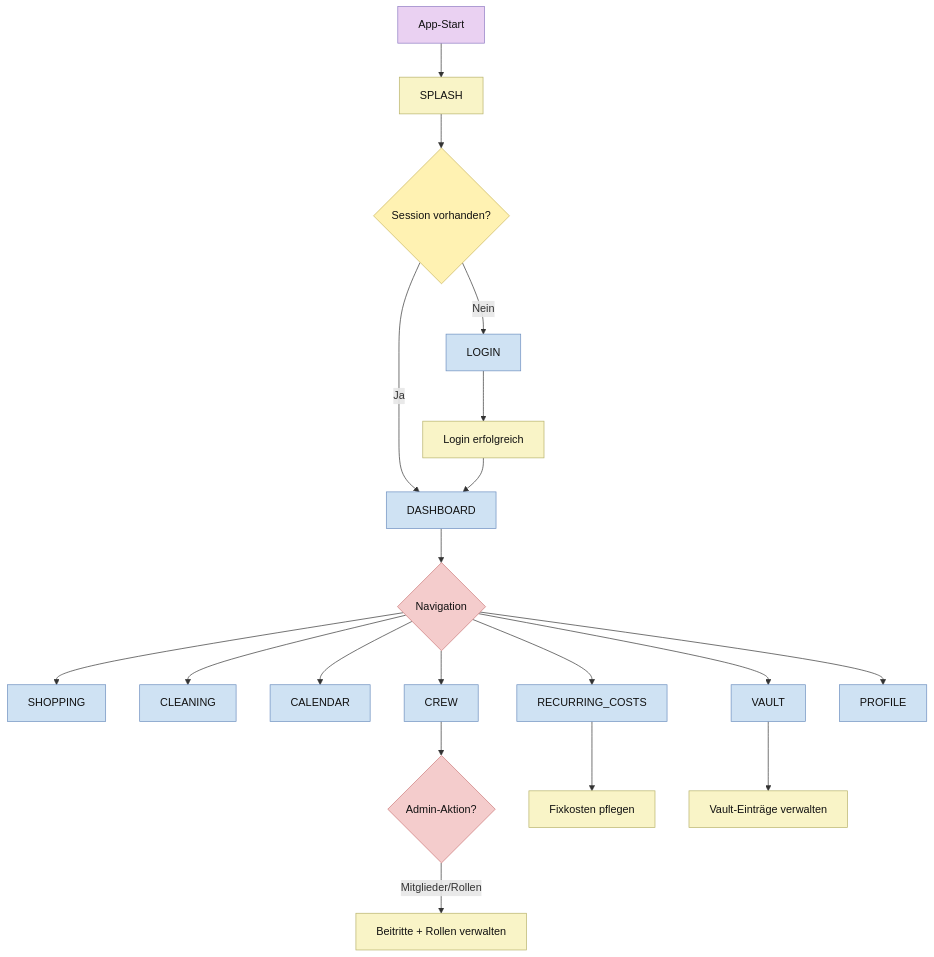
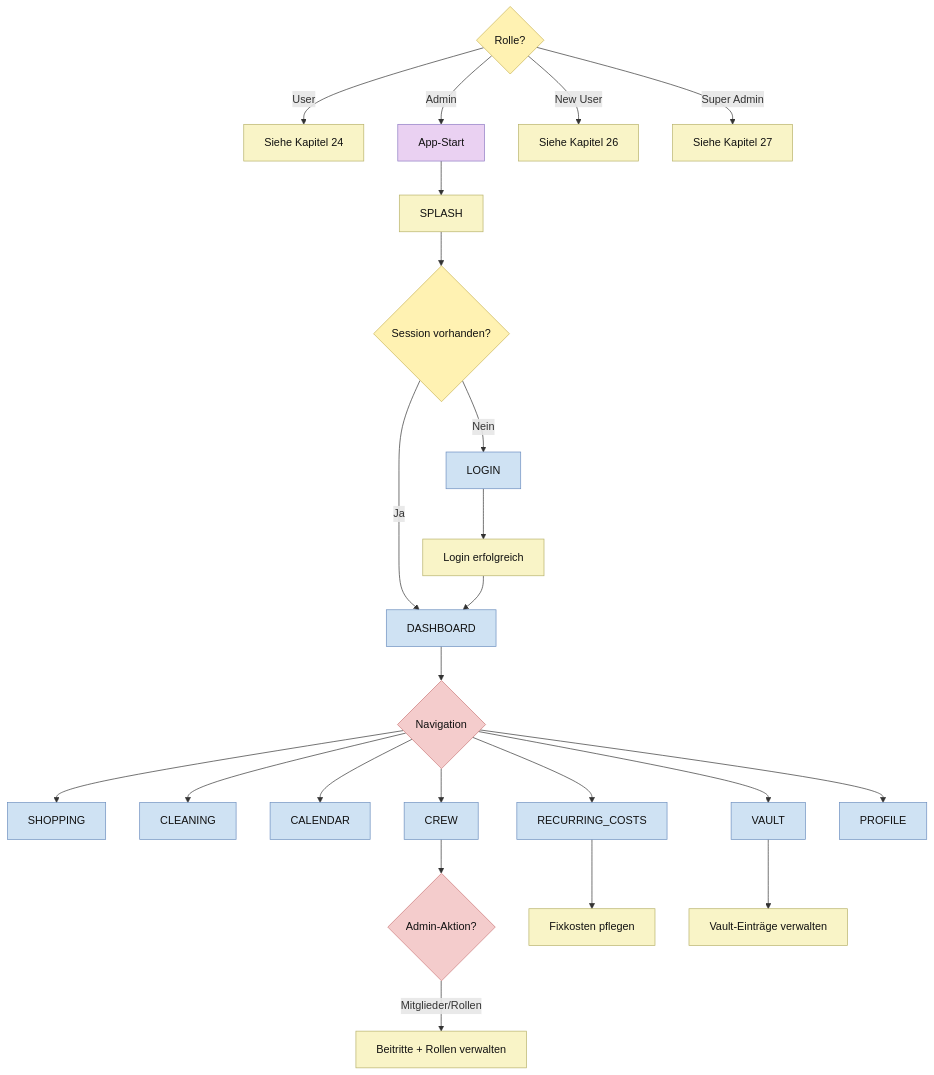
One commit to Nejy190501/WGManager changed diagram 25 of 27 in ABLAUFDIAGRAMM.md. Above: the diagram before and after it, drawn with Mermaid. The commit also changed other lines of this file, not shown here.

````diff
--- a/ABLAUFDIAGRAMM.md
+++ b/ABLAUFDIAGRAMM.md
@@ -1293,37 +1300,44 @@
 ```mermaid
 flowchart TD
+    RLQ{"Rolle?"}
+    RLQ -->|User| RX["Siehe Kapitel 24"]
+    RLQ -->|Admin| A
+    RLQ -->|New User| RY["Siehe Kapitel 26"]
+    RLQ -->|Super Admin| RZ["Siehe Kapitel 27"]
+
     A["App-Start"] --> B["SPLASH"]
     B --> C{"Session vorhanden?"}
     C -->|Ja| D["DASHBOARD"]
     C -->|Nein| E["LOGIN"]
     E --> F["Login erfolgreich"]
     F --> D
 
     D --> N{"Navigation"}
     N --> G["SHOPPING"]
     N --> H["CLEANING"]
     N --> I["CALENDAR"]
     N --> J["CREW"]
     N --> K["RECURRING_COSTS"]
     N --> L["VAULT"]
     N --> M["PROFILE"]
 
     J --> R{"Admin-Aktion?"}
     R -->|Mitglieder/Rollen| S["Beitritte + Rollen verwalten"]
     K --> T["Fixkosten pflegen"]
     L --> U["Vault-Einträge verwalten"]
 
     classDef userAction fill:#ead1f2,stroke:#8e7cc3,color:#111;
     classDef systemAction fill:#f9f4c7,stroke:#b7b26a,color:#111;
     classDef userDecision fill:#f4cccc,stroke:#cc7a7a,color:#111;
     classDef systemDecision fill:#fff2b2,stroke:#c9b458,color:#111;
     classDef button fill:#f4a6a6,stroke:#c97b7b,color:#111;
     classDef userInput fill:#f8d7da,stroke:#d49aa2,color:#111;
     classDef screen fill:#cfe2f3,stroke:#6c8ebf,color:#111;
 
     class A userAction;
     class B,F,S,T,U systemAction;
     class N,R userDecision;
-    class C systemDecision;
+    class C,RLQ systemDecision;
     class D,E,G,H,I,J,K,L,M screen;
+    class RX,RY,RZ systemAction;
 ```
````
